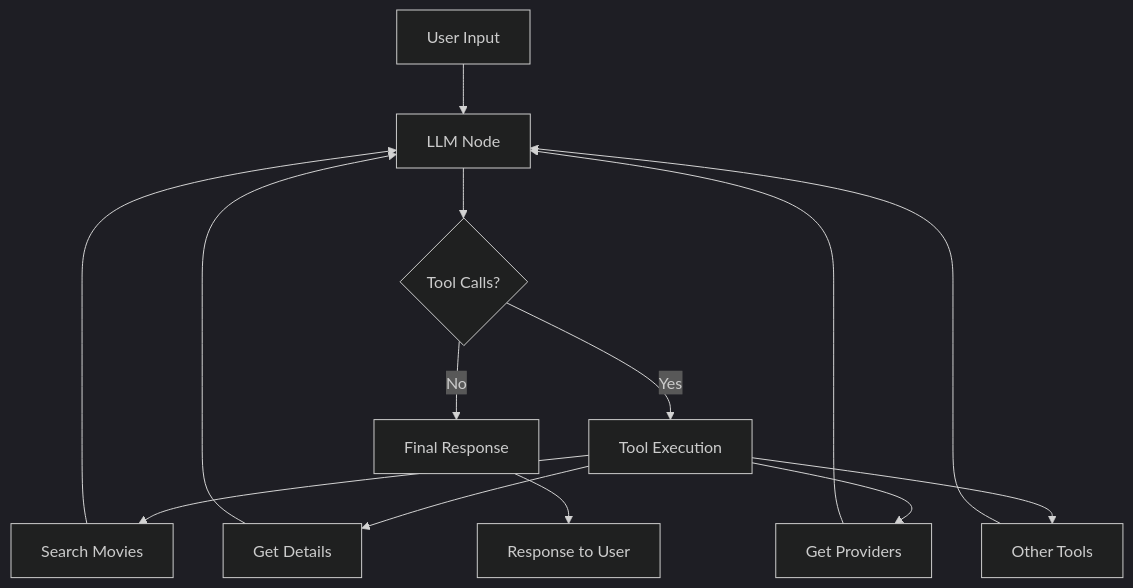
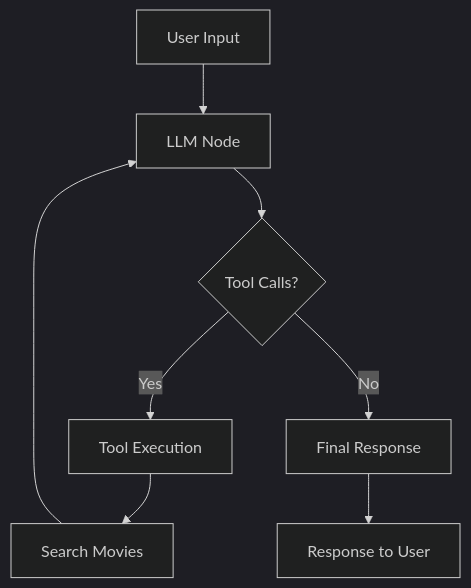
Before and after one commit to george07-t/Movie-Mania-Agent: the diagram in README.md, drawn with Mermaid (dark theme). The commit also changed other lines of this file and 5 other files, not shown here.

````diff
--- a/README.md
+++ b/README.md
@@ -259,16 +65,10 @@
 ```mermaid
 graph TD
-    A[User Input] --> B[LLM Node]
-    B --> C{Tool Calls?}
-    C -->|Yes| D[Tool Execution]
-    C -->|No| E[Final Response]
-    D --> F[Search Movies]
-    D --> G[Get Details]
-    D --> H[Get Providers]
-    D --> I[Other Tools]
-    F --> B
-    G --> B
-    H --> B
-    I --> B
-    E --> J[Response to User]
+   A[User Input] --> B[LLM Node]
+   B --> C{Tool Calls?}
+   C -->|Yes| D[Tool Execution]
+   C -->|No| E[Final Response]
+   D --> F[Search Movies]
+   F --> B
+   E --> J[Response to User]
 ```
````
